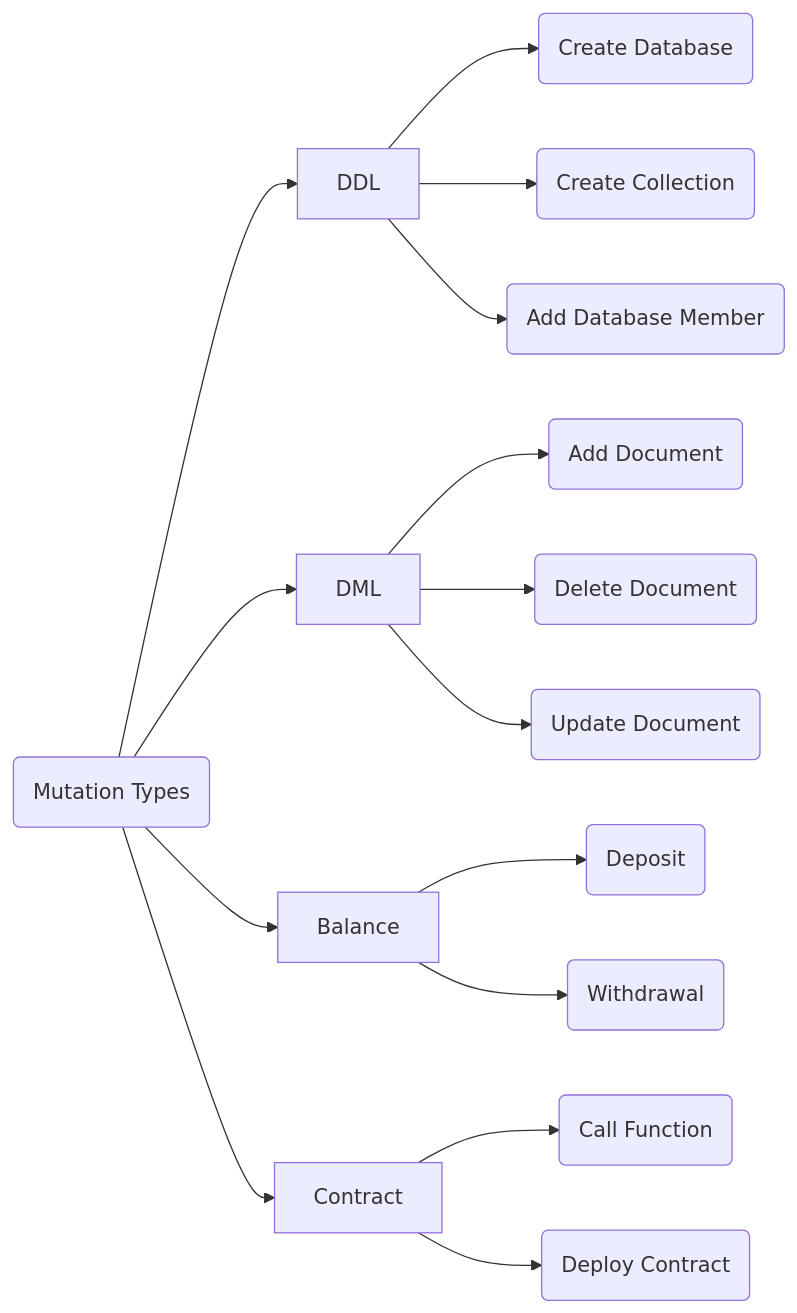
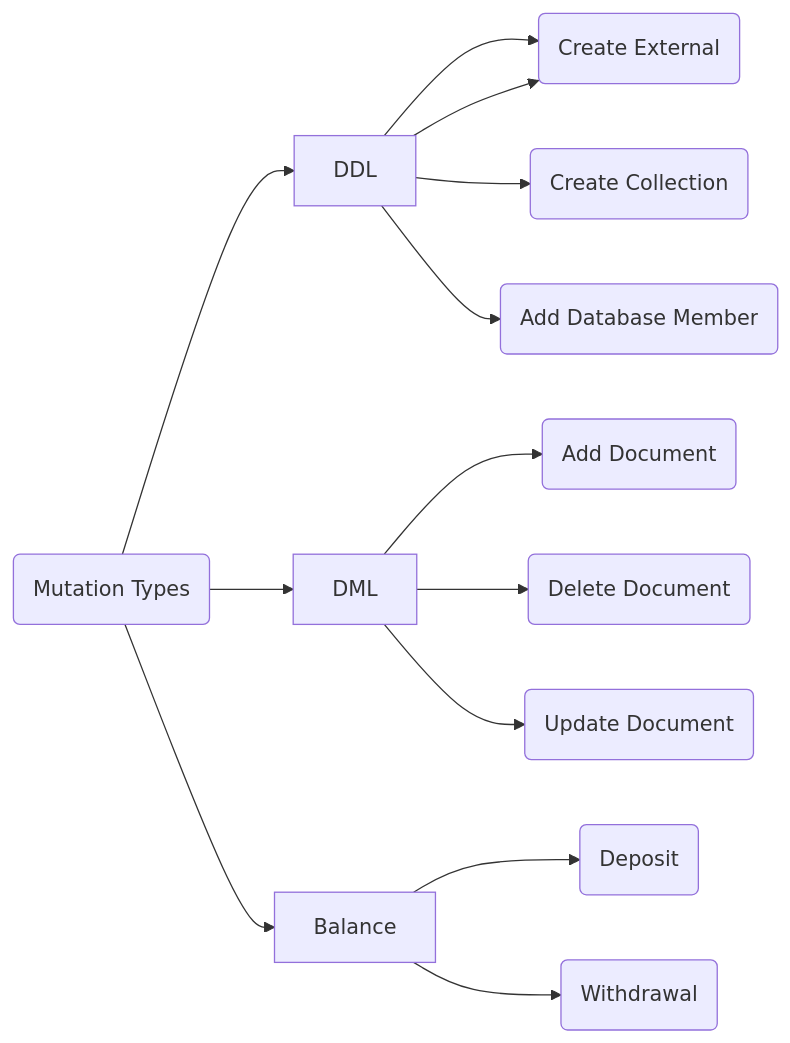
Before and after one commit to dbpunk-labs/DIPs: the fourth of 5 diagrams in dips/dip-000.md, drawn with Mermaid. The commit also changed other lines of this file and 2 other files, not shown here.

````diff
--- a/dips/dip-000.md
+++ b/dips/dip-000.md
@@ -85,17 +85,15 @@
 ```mermaid
 flowchart LR
     m(Mutation Types) --> DDL
     DDL --> CD(Create Database)
+    DDL --> CD(Create External)
     DDL --> CC(Create Collection)
     DDL --> AM(Add Database Member)
     m --> DML
     DML --> AD(Add Document)
     DML --> DD(Delete Document)
     DML --> UD(Update Document)
     m --> Balance
     Balance --> MB(Deposit)
     Balance --> WD(Withdrawal)
-    m --> Contract
-    Contract --> CF(Call Function)
-    Contract --> DC(Deploy Contract)
 ```
````
